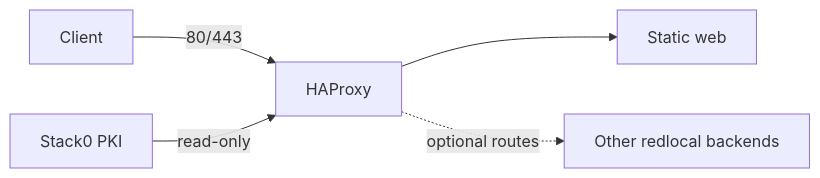
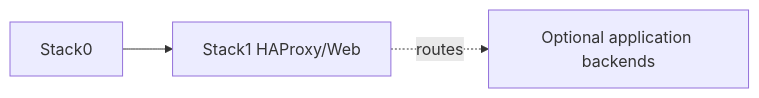
The diagram in stack1_-_haproxy_web/README.md (ea1het/local_hybrid_ai), drawn with Mermaid before and after one commit. The commit also changed other lines of this file and 46 other files, not shown here.

````diff
--- a/stack1_-_haproxy_web/README.md
+++ b/stack1_-_haproxy_web/README.md
@@ -5,7 +7,5 @@
 ```mermaid
 flowchart LR
-    C[Client] -->|80/443| H[HAProxy]
-    H --> W[Static web]
-    H -.->|optional routes| B[Other redlocal backends]
-    P[Stack0 PKI] -->|read-only| H
+  S0[Stack0] --> S1[Stack1 HAProxy/Web]
+  S1 -. routes .-> APP[Optional application backends]
 ```
````
